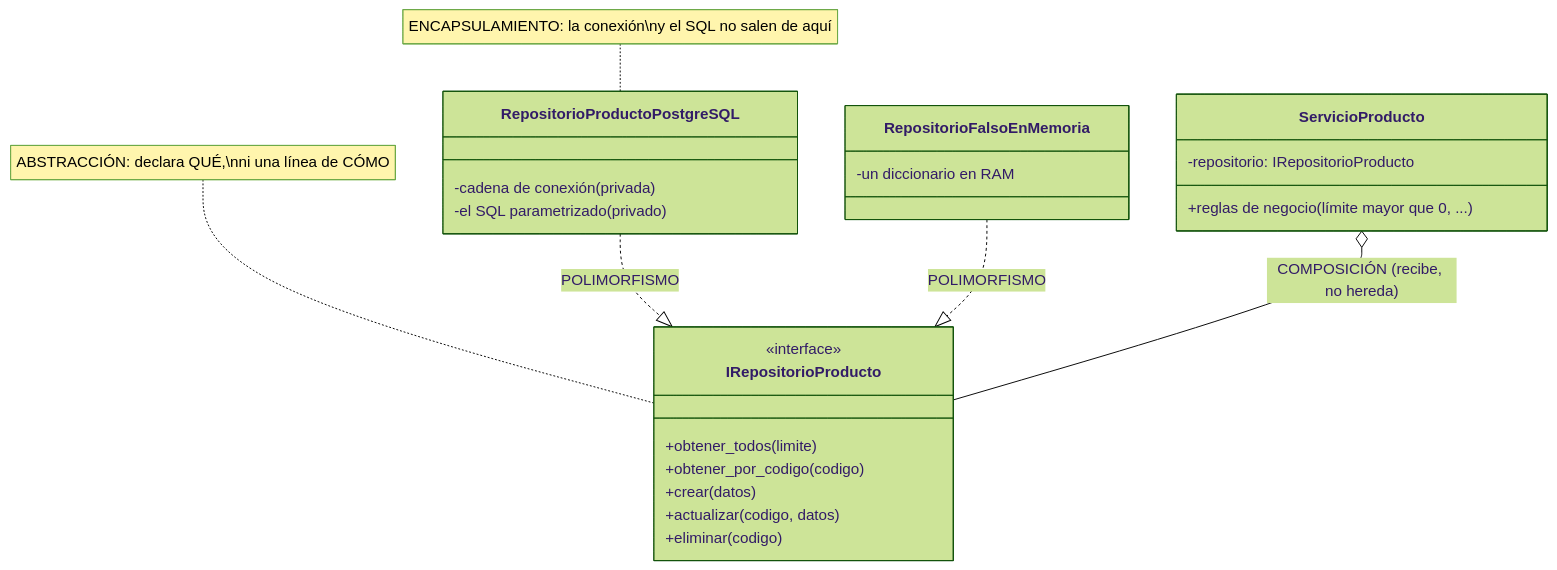
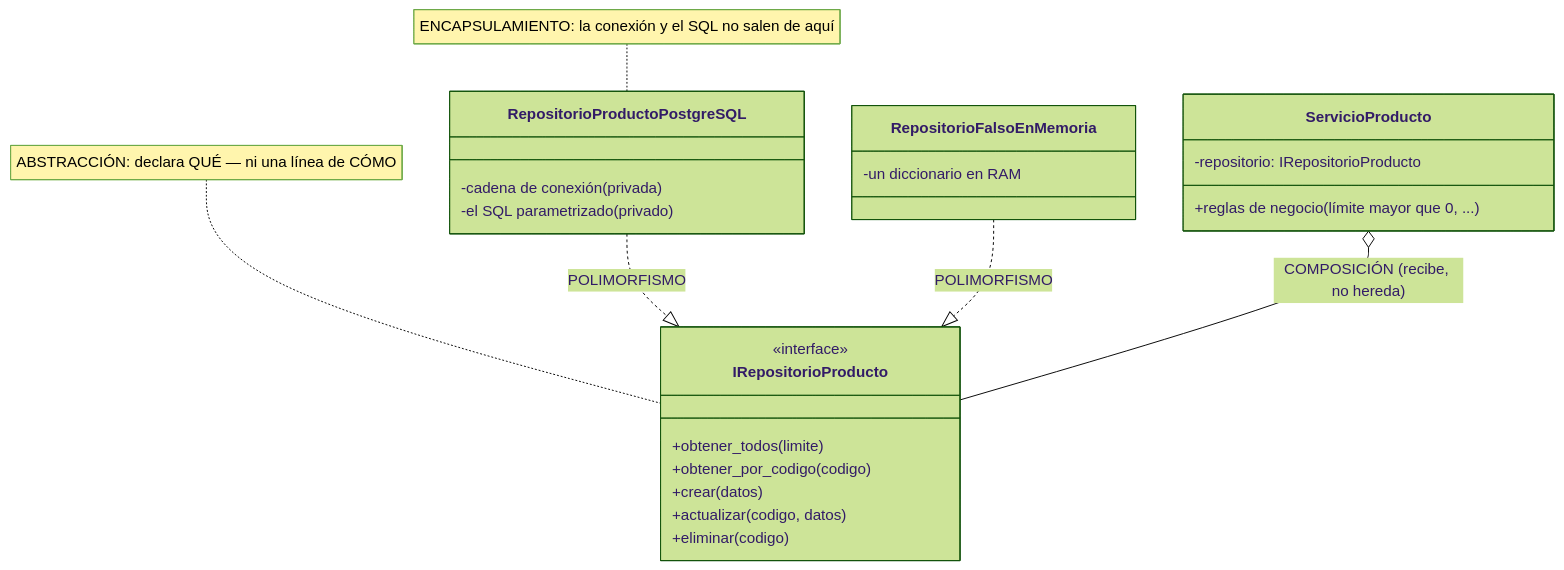
Before and after one commit to ccastro2050/proyecto_paradigmas_sin_docker: the second of 5 diagrams in docs/PARADIGMA_POO.md, drawn with Mermaid (forest theme). The commit also changed other lines of this file, not shown here.

Commit message:
PARADIGMA_POO: las DOS caras del polimorfismo (herencia+sobrescritura vs contrato+implementaciones) con ejemplos y diagramas, la herencia real del proyecto señalada, y notas Mermaid sin saltos literales

````diff
--- a/docs/PARADIGMA_POO.md
+++ b/docs/PARADIGMA_POO.md
@@ -99,27 +99,27 @@
 ```mermaid
 classDiagram
     class IRepositorioProducto {
         <<interface>>
         +obtener_todos(limite)
         +obtener_por_codigo(codigo)
         +crear(datos)
         +actualizar(codigo, datos)
         +eliminar(codigo)
     }
     class RepositorioProductoPostgreSQL {
         -cadena de conexión (privada)
         -el SQL parametrizado (privado)
     }
     class RepositorioFalsoEnMemoria {
         -un diccionario en RAM
     }
     class ServicioProducto {
         -repositorio: IRepositorioProducto
         +reglas de negocio (límite mayor que 0, ...)
     }
     RepositorioProductoPostgreSQL ..|> IRepositorioProducto : POLIMORFISMO
     RepositorioFalsoEnMemoria ..|> IRepositorioProducto : POLIMORFISMO
     ServicioProducto o-- IRepositorioProducto : COMPOSICIÓN (recibe, no hereda)
-    note for IRepositorioProducto "ABSTRACCIÓN: declara QUÉ,\nni una línea de CÓMO"
-    note for RepositorioProductoPostgreSQL "ENCAPSULAMIENTO: la conexión\ny el SQL no salen de aquí"
+    note for IRepositorioProducto "ABSTRACCIÓN: declara QUÉ — ni una línea de CÓMO"
+    note for RepositorioProductoPostgreSQL "ENCAPSULAMIENTO: la conexión y el SQL no salen de aquí"
 ```
````
